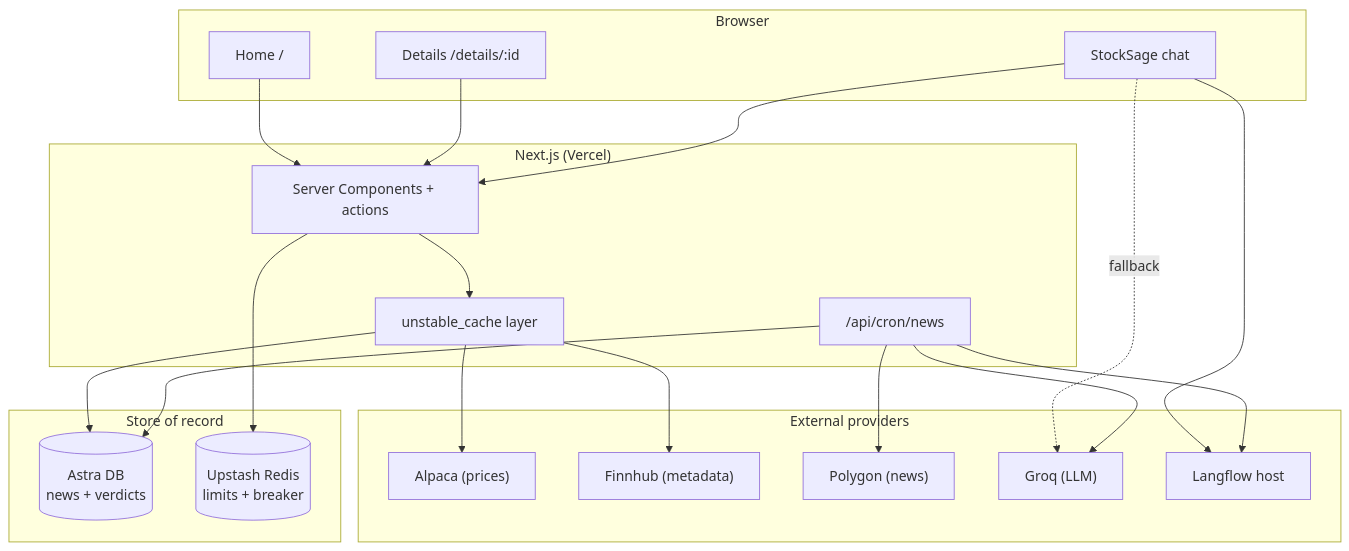
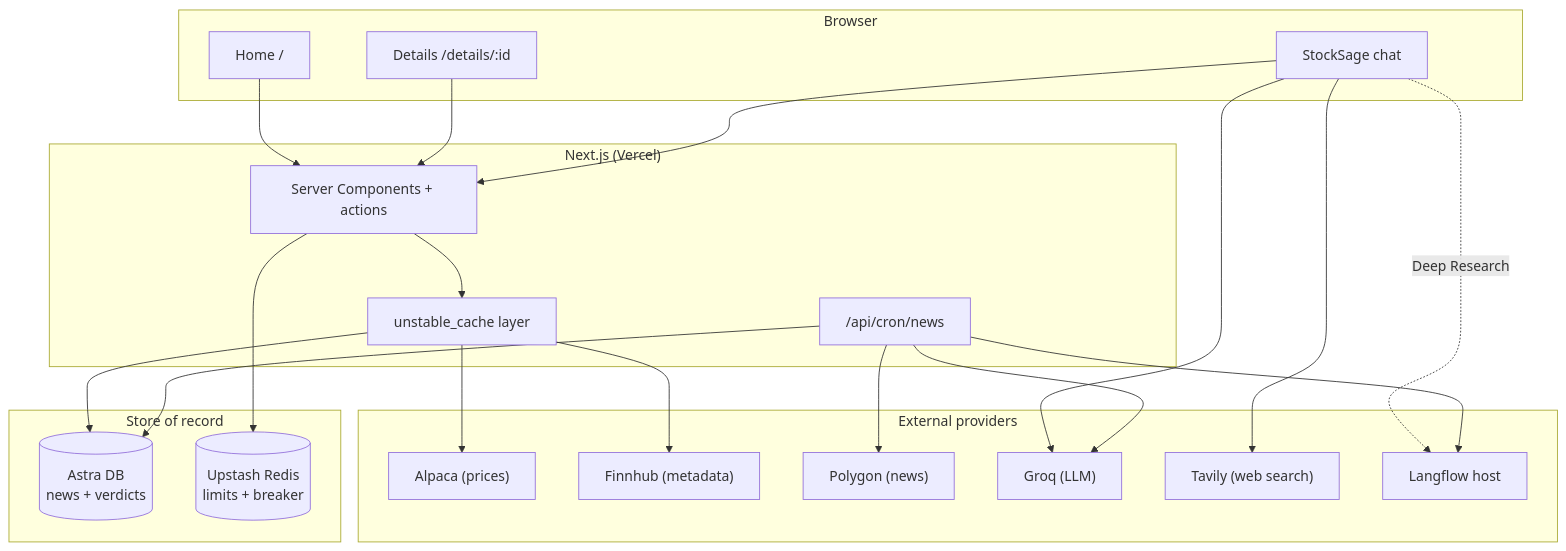
The first of 2 diagrams in docs/architecture.md (HarshitBadam/trade-intel), drawn with Mermaid before and after one commit. The commit also changed other lines of this file and 24 other files, not shown here.

Commit message:
feat: add sourced regular chat and Langflow deep research

````diff
--- a/docs/architecture.md
+++ b/docs/architecture.md
@@ -13,43 +13,45 @@
 ```mermaid
 flowchart TB
   subgraph client["Browser"]
     HOME["Home /"]
     DETAIL["Details /details/:id"]
     CHAT["StockSage chat"]
   end
 
   subgraph next["Next.js (Vercel)"]
     RSC["Server Components + actions"]
     CACHE["unstable_cache layer"]
     CRON["/api/cron/news"]
   end
 
   subgraph store["Store of record"]
     ASTRA[(Astra DB<br/>news + verdicts)]
     REDIS[(Upstash Redis<br/>limits + breaker)]
   end
 
   subgraph providers["External providers"]
     ALPACA["Alpaca (prices)"]
     FINNHUB["Finnhub (metadata)"]
     POLYGON["Polygon (news)"]
     GROQ["Groq (LLM)"]
+    TAVILY["Tavily (web search)"]
     LANGFLOW["Langflow host"]
   end
 
   HOME --> RSC
   DETAIL --> RSC
   CHAT --> RSC
   RSC --> CACHE
   CACHE --> ASTRA
   CACHE --> ALPACA
   CACHE --> FINNHUB
   RSC --> REDIS
-  CHAT --> LANGFLOW
-  CHAT -.fallback.-> GROQ
+  CHAT --> GROQ
+  CHAT --> TAVILY
+  CHAT -.Deep Research.-> LANGFLOW
 
   CRON --> POLYGON
   CRON --> GROQ
   CRON --> LANGFLOW
   CRON --> ASTRA
 ```
````
